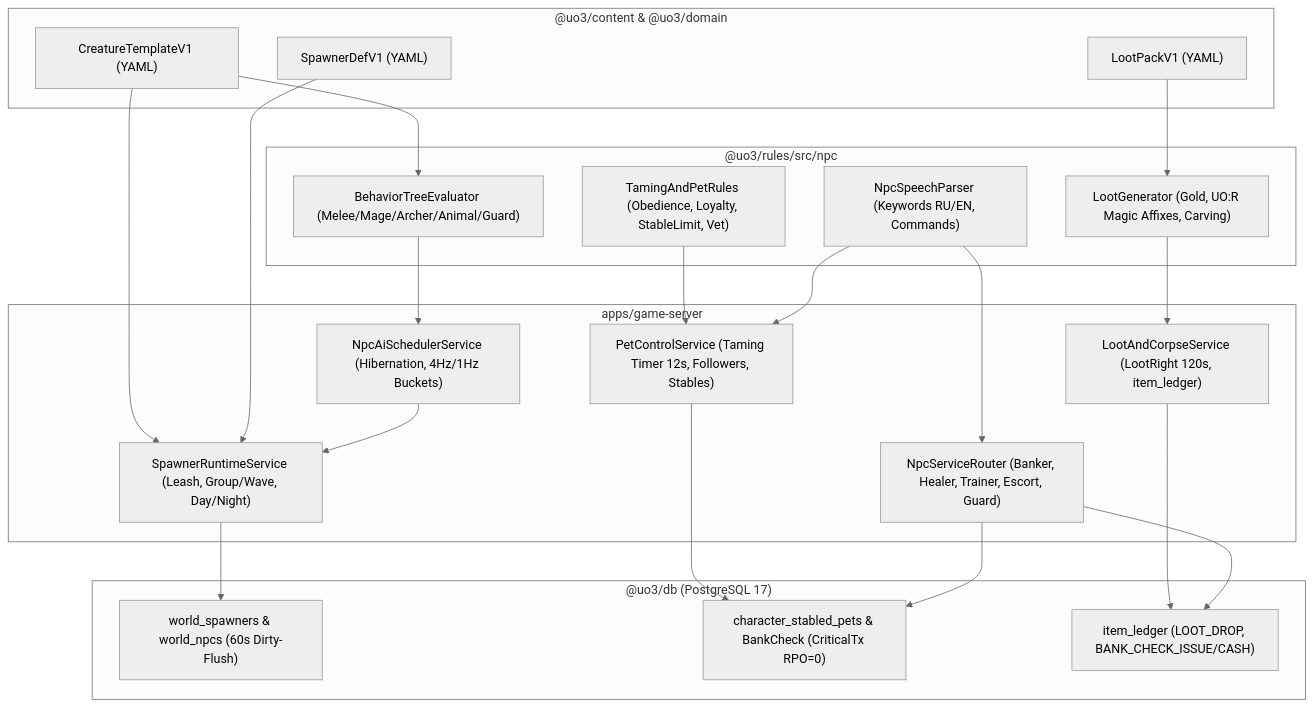
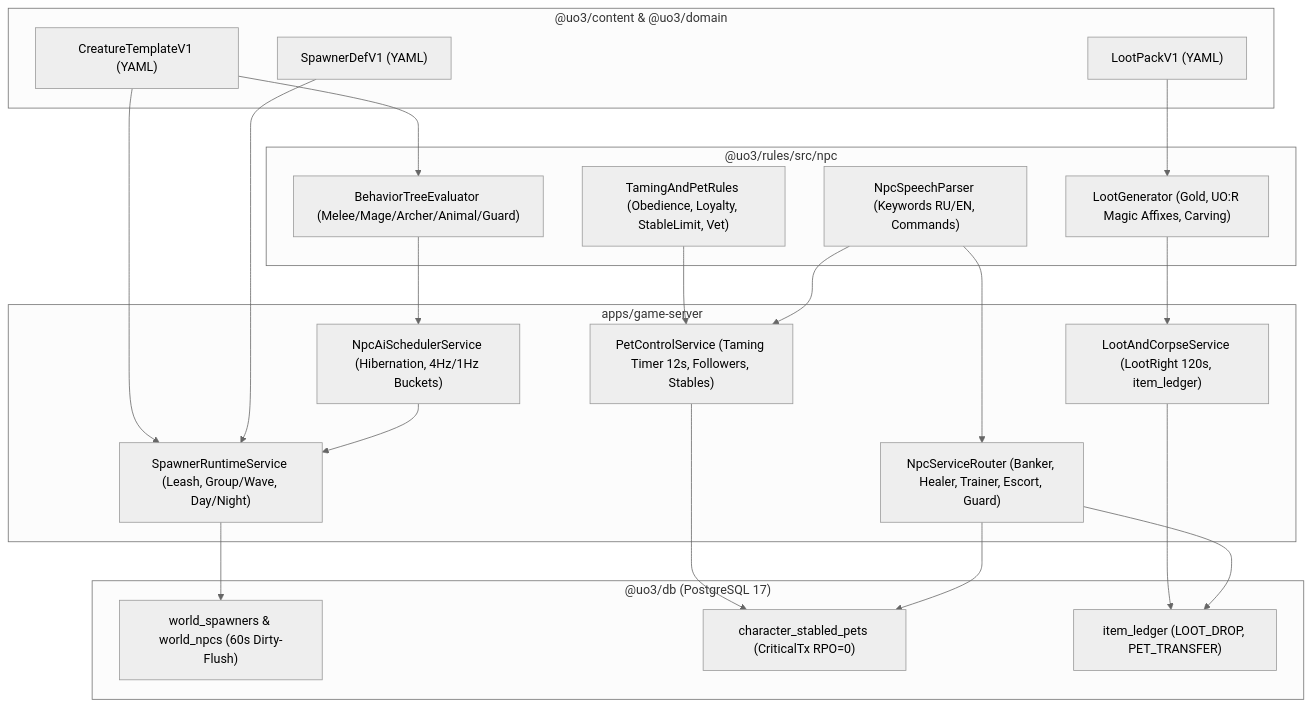
One commit to SergioAndreev/uo3 changed the first of 2 diagrams in openspec/changes/p19-npc-ai-and-creatures/design.md. Above: the diagram before and after it, drawn with Mermaid (neutral theme). The commit also changed other lines of this file and 188 other files, not shown here.

````diff
--- a/openspec/changes/p19-npc-ai-and-creatures/design.md
+++ b/openspec/changes/p19-npc-ai-and-creatures/design.md
@@ -87,45 +87,45 @@
 ```mermaid
 flowchart TD
     subgraph Content["@uo3/content & @uo3/domain"]
         CT["CreatureTemplateV1 (YAML)"]
         LP["LootPackV1 (YAML)"]
         SP["SpawnerDefV1 (YAML)"]
     end
 
     subgraph Rules["@uo3/rules/src/npc"]
         BT["BehaviorTreeEvaluator (Melee/Mage/Archer/Animal/Guard)"]
         LG["LootGenerator (Gold, UO:R Magic Affixes, Carving)"]
         TM["TamingAndPetRules (Obedience, Loyalty, StableLimit, Vet)"]
         SR["NpcSpeechParser (Keywords RU/EN, Commands)"]
     end
 
     subgraph GameServer["apps/game-server"]
         AIS["NpcAiSchedulerService (Hibernation, 4Hz/1Hz Buckets)"]
         SRS["SpawnerRuntimeService (Leash, Group/Wave, Day/Night)"]
         LTS["LootAndCorpseService (LootRight 120s, item_ledger)"]
         PCS["PetControlService (Taming Timer 12s, Followers, Stables)"]
         NSR["NpcServiceRouter (Banker, Healer, Trainer, Escort, Guard)"]
     end
 
     subgraph Persistence["@uo3/db (PostgreSQL 17)"]
         DB_SP["world_spawners & world_npcs (60s Dirty-Flush)"]
-        DB_ST["character_stabled_pets & BankCheck (CriticalTx RPO=0)"]
-        DB_LD["item_ledger (LOOT_DROP, BANK_CHECK_ISSUE/CASH)"]
+        DB_ST["character_stabled_pets (CriticalTx RPO=0)"]
+        DB_LD["item_ledger (LOOT_DROP, PET_TRANSFER)"]
     end
 
     CT --> BT
     CT --> SRS
     LP --> LG
     SP --> SRS
     BT --> AIS
     LG --> LTS
     TM --> PCS
     SR --> NSR
     SR --> PCS
     AIS --> SRS
     SRS --> DB_SP
     PCS --> DB_ST
     NSR --> DB_ST
     LTS --> DB_LD
     NSR --> DB_LD
 ```
````
